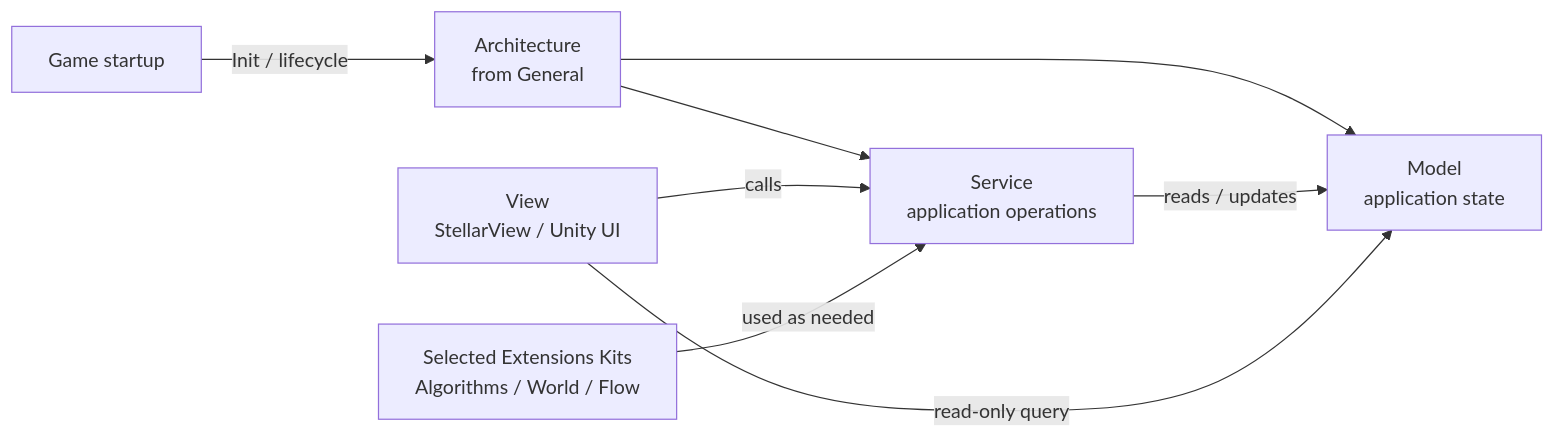
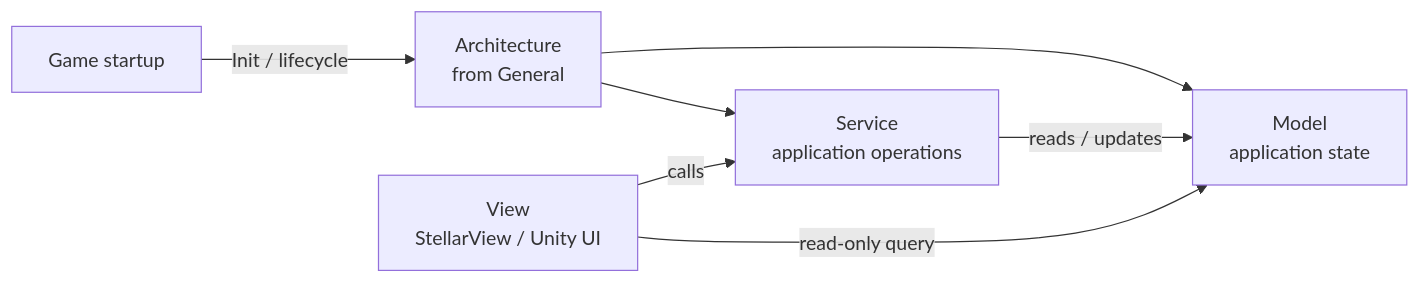
Before and after one commit to StarrDream/StellarFramework.Extensions: the diagram in README_EN.md, drawn with Mermaid. The commit also changed other lines of this file and 1 other file, not shown here.

Commit message:
Clarify MSV architecture boundaries

```diff
--- a/README_EN.md
+++ b/README_EN.md
@@ -42,10 +42,9 @@
 ~~~mermaid
 flowchart LR
     Startup["Game startup"] -->|"Init / lifecycle"| Architecture["Architecture<T><br/>from General"]
     Architecture --> Model["Model<br/>application state"]
     Architecture --> Service["Service<br/>application operations"]
     View["View<br/>StellarView / Unity UI"] -->|"calls"| Service
     Service -->|"reads / updates"| Model
     View -->|"read-only query"| Model
-    Extension["Selected Extensions Kits<br/>Algorithms / World / Flow"] -->|"used as needed"| Service
 ~~~
```
